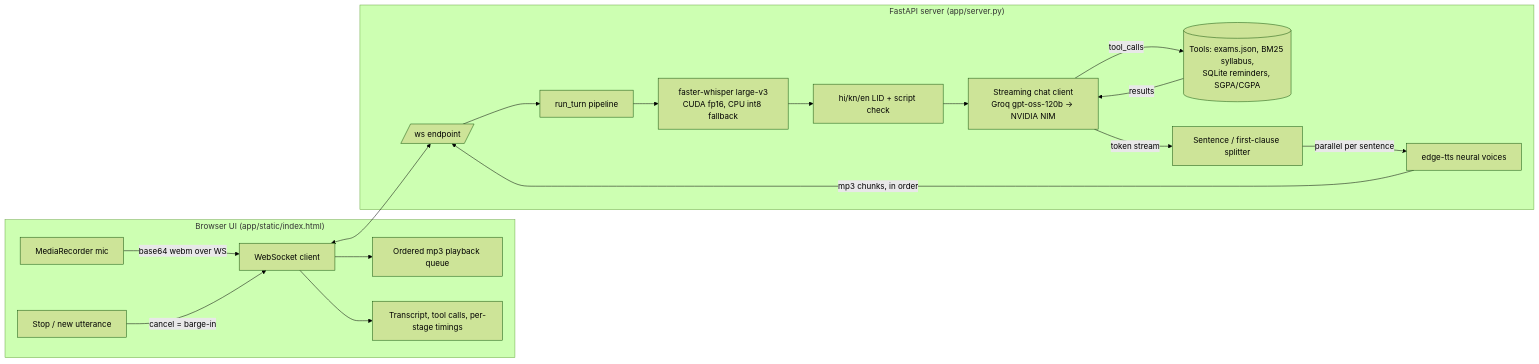
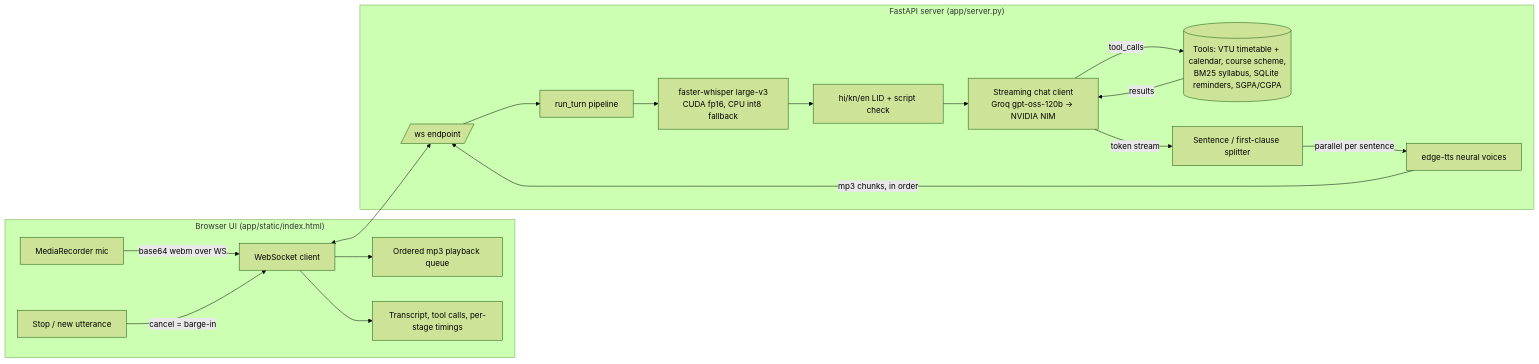
The diagram in README.md (mathuryashash/indic-voice-agent), drawn with Mermaid (forest theme) before and after one commit. The commit also changed other lines of this file and 17 other files, not shown here.

Commit message:
Load official VTU data (ISE scheme, VII sem syllabus, timetable, calendars, holidays); add get_course_info and get_academic_calendar tools; redesigned UI (Vidya Saathi)

````diff
--- a/README.md
+++ b/README.md
@@ -20,21 +22,21 @@
 ```mermaid
 flowchart LR
   subgraph Browser["Browser UI (app/static/index.html)"]
     MIC[MediaRecorder mic] -->|base64 webm over WS| WS
     WS[WebSocket client] --> PLAY[Ordered mp3 playback queue]
     WS --> PANEL[Transcript, tool calls, per-stage timings]
     STOP[Stop / new utterance] -->|cancel = barge-in| WS
   end
   subgraph Server["FastAPI server (app/server.py)"]
     WSS[/ws endpoint/] --> TURN[run_turn pipeline]
     TURN --> STT[faster-whisper large-v3<br/>CUDA fp16, CPU int8 fallback]
     STT --> LID[hi/kn/en LID + script check]
     LID --> LLM[Streaming chat client<br/>Groq gpt-oss-120b → NVIDIA NIM]
-    LLM -->|tool_calls| TOOLS[(Tools: exams.json, BM25 syllabus,<br/>SQLite reminders, SGPA/CGPA)]
+    LLM -->|tool_calls| TOOLS[(Tools: VTU timetable + calendar, course scheme,<br/>BM25 syllabus, SQLite reminders, SGPA/CGPA)]
     TOOLS -->|results| LLM
     LLM -->|token stream| SPLIT[Sentence / first-clause splitter]
     SPLIT -->|parallel per sentence| TTS[edge-tts neural voices]
     TTS -->|mp3 chunks, in order| WSS
   end
   WS <--> WSS
 ```
````
